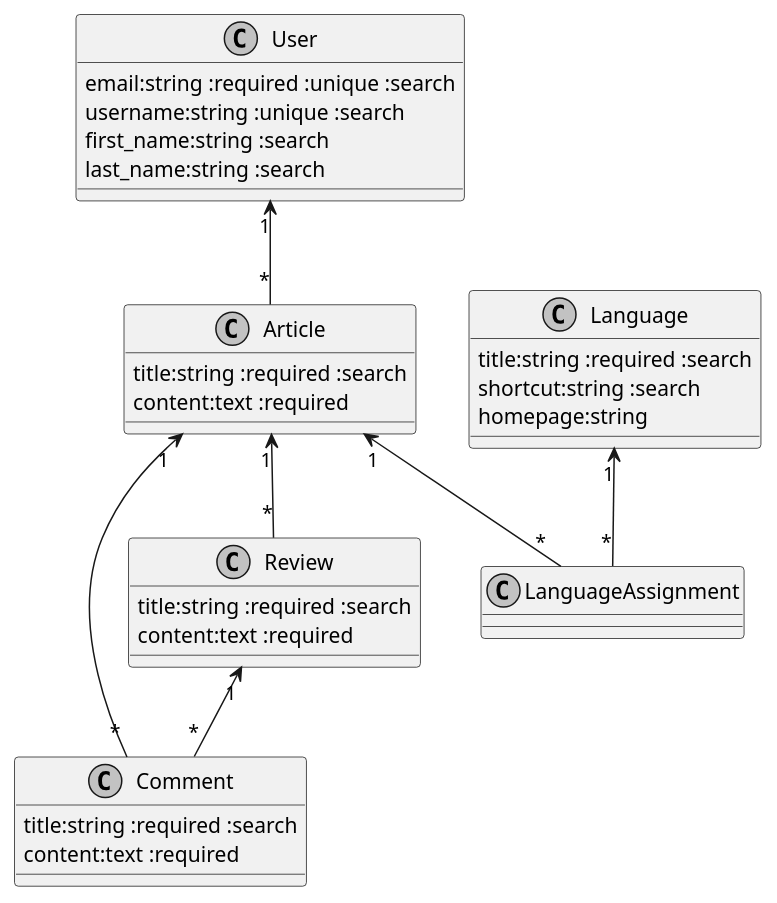
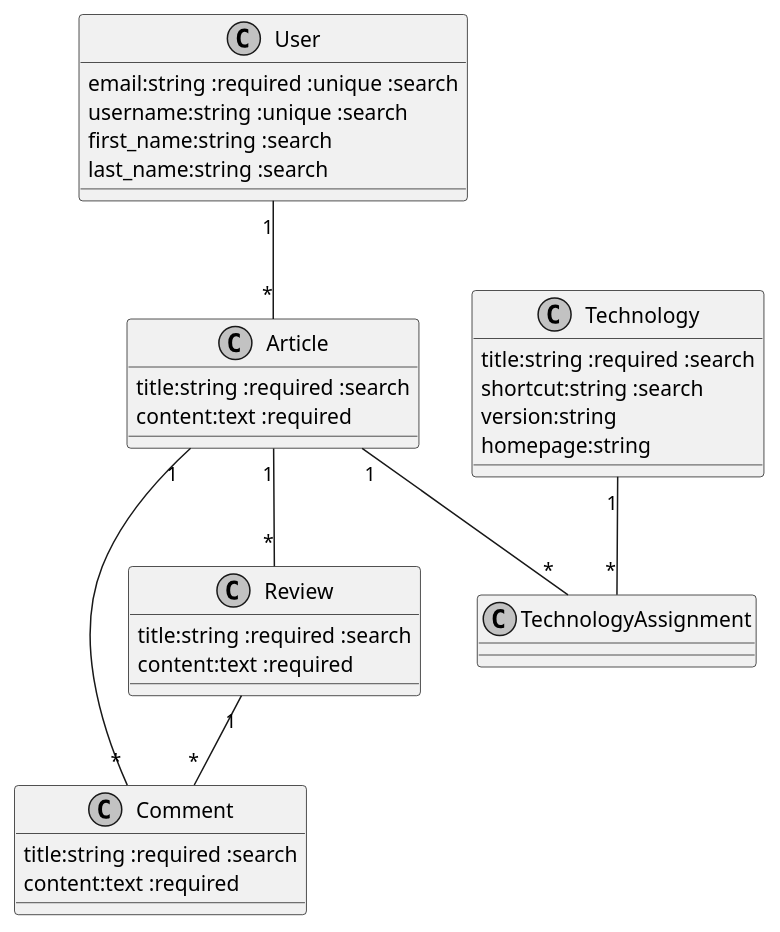
Before and after one commit to jrcech/blogger: the diagram in docs/model.md, drawn with PlantUML.

Commit message:
Update model

````diff
--- a/docs/model.md
+++ b/docs/model.md
@@ -26,45 +26,46 @@
 ```plantuml
 @startuml
 
 skinparam monochrome true
 skinparam shadowing false
 
 class User {
   email:string :required :unique :search
   username:string :unique :search
   first_name:string :search
   last_name:string :search
 }
 
 class Article {
   title:string :required :search
   content:text :required
 }
 
-class Language {
+class Technology {
   title:string :required :search
   shortcut:string :search
+  version:string
   homepage:string
 }
 
 class Comment {
   title:string :required :search
   content:text :required
 }
 
 class Review {
   title:string :required :search
   content:text :required
 }
 
-User "1" <-- "*" Article
+User "1" -- "*" Article
 
-Article "1" <-- "*" Review
-Article "1" <-- "*" Comment
-Review "1" <-- "*" Comment
+Article "1" -- "*" Review
+Article "1" -- "*" Comment
+Review "1" -- "*" Comment
 
-Article "1" <-- "*" LanguageAssignment
-Language "1" <-- "*" LanguageAssignment
+Article "1" -- "*" TechnologyAssignment
+Technology "1" -- "*" TechnologyAssignment
 
 @enduml
 ```
````
